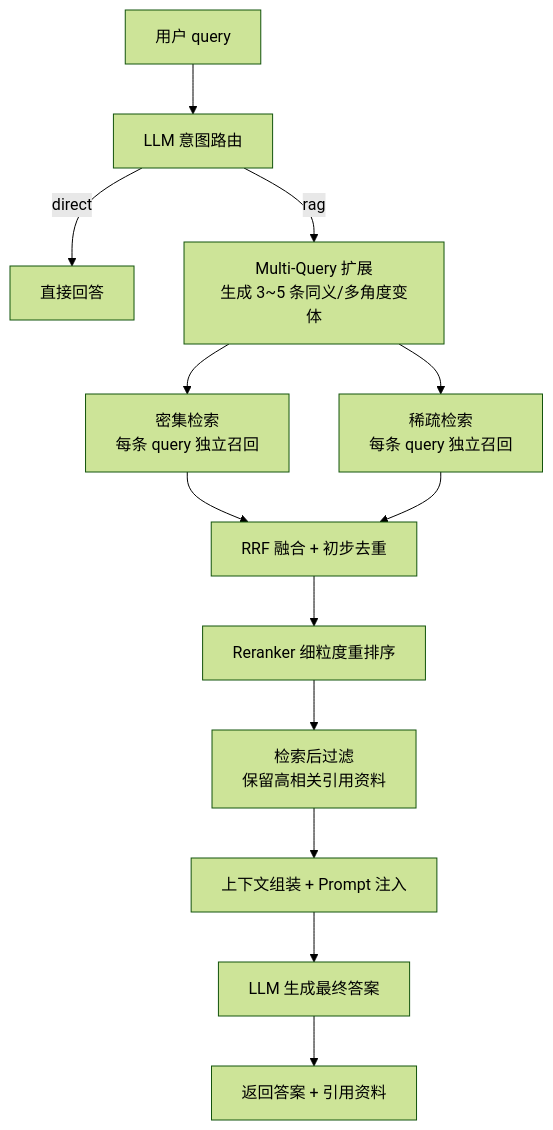
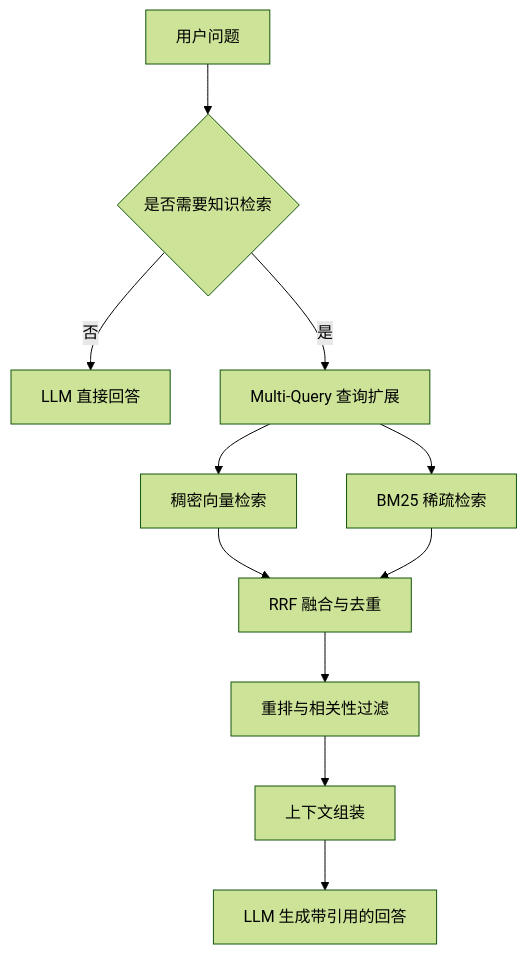
Before and after one commit to GuLu37/Enterprise-Knowledge-System: the second of 2 diagrams in README.md, drawn with Mermaid (forest theme). The commit also changed other lines of this file and 2 other files, not shown here.

````diff
--- a/README.md
+++ b/README.md
@@ -66,15 +156,13 @@
 ```mermaid
 flowchart TD
-  Q[用户 query] --> I[LLM 意图路由]
-  I -->|direct| D[直接回答]
-  I -->|rag| M[Multi-Query 扩展\n生成 3~5 条同义/多角度变体]
-  M --> S1[密集检索\n每条 query 独立召回]
-  M --> S2[稀疏检索\n每条 query 独立召回]
-  S1 --> F[RRF 融合 + 初步去重]
-  S2 --> F
-  F --> R[Reranker 细粒度重排序]
-  R --> C[检索后过滤\n保留高相关引用资料]
-  C --> P[上下文组装 + Prompt 注入]
-  P --> L[LLM 生成最终答案]
-  L --> O[返回答案 + 引用资料]
+    Q[用户问题] --> I{是否需要知识检索}
+    I -->|否| D[LLM 直接回答]
+    I -->|是| MQ[Multi-Query 查询扩展]
+    MQ --> DE[稠密向量检索]
+    MQ --> SP[BM25 稀疏检索]
+    DE --> RR[RRF 融合与去重]
+    SP --> RR
+    RR --> RE[重排与相关性过滤]
+    RE --> CTX[上下文组装]
+    CTX --> G[LLM 生成带引用的回答]
 ```
````
